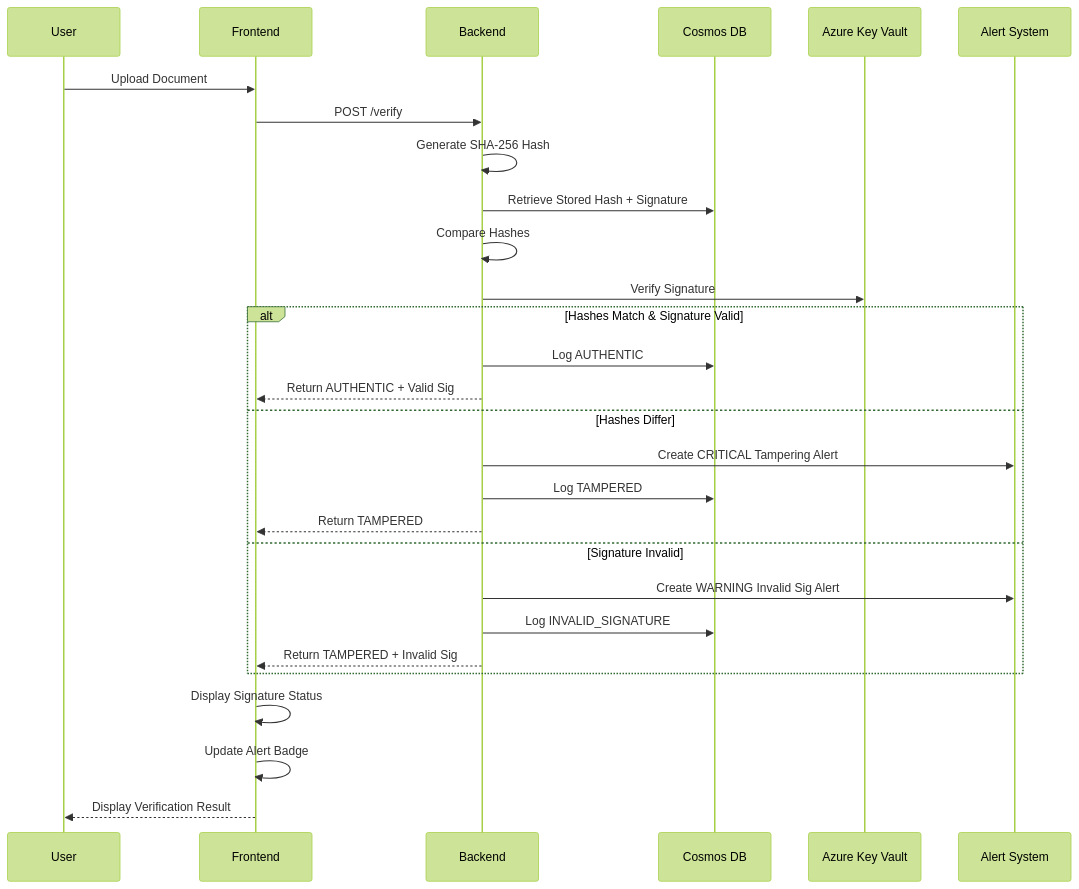
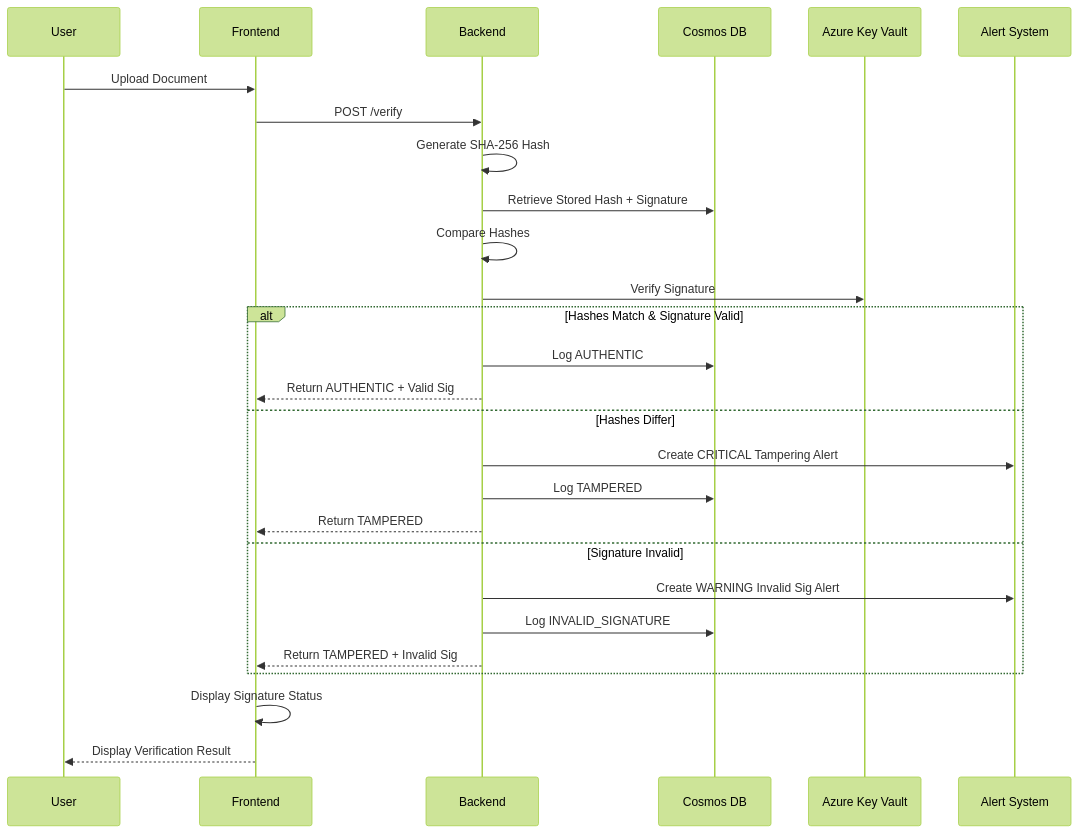
One commit to Jatin-code16/varitydoc changed the third of 3 diagrams in README.md. Above: the diagram before and after it, drawn with Mermaid (forest theme). The commit also changed other lines of this file, not shown here.

````diff
--- a/README.md
+++ b/README.md
@@ -264,24 +237,23 @@
 ```mermaid
 sequenceDiagram
     User->>Frontend: Upload Document
     Frontend->>Backend: POST /verify
     Backend->>Backend: Generate SHA-256 Hash
     Backend->>Cosmos DB: Retrieve Stored Hash + Signature
     Backend->>Backend: Compare Hashes
     Backend->>Azure Key Vault: Verify Signature
     alt Hashes Match & Signature Valid
         Backend->>Cosmos DB: Log AUTHENTIC
         Backend-->>Frontend: Return AUTHENTIC + Valid Sig
     else Hashes Differ
         Backend->>Alert System: Create CRITICAL Tampering Alert
         Backend->>Cosmos DB: Log TAMPERED
         Backend-->>Frontend: Return TAMPERED
     else Signature Invalid
         Backend->>Alert System: Create WARNING Invalid Sig Alert
         Backend->>Cosmos DB: Log INVALID_SIGNATURE
         Backend-->>Frontend: Return TAMPERED + Invalid Sig
     end
     Frontend->>Frontend: Display Signature Status
-    Frontend->>Frontend: Update Alert Badge
     Frontend-->>User: Display Verification Result
 ```
````
